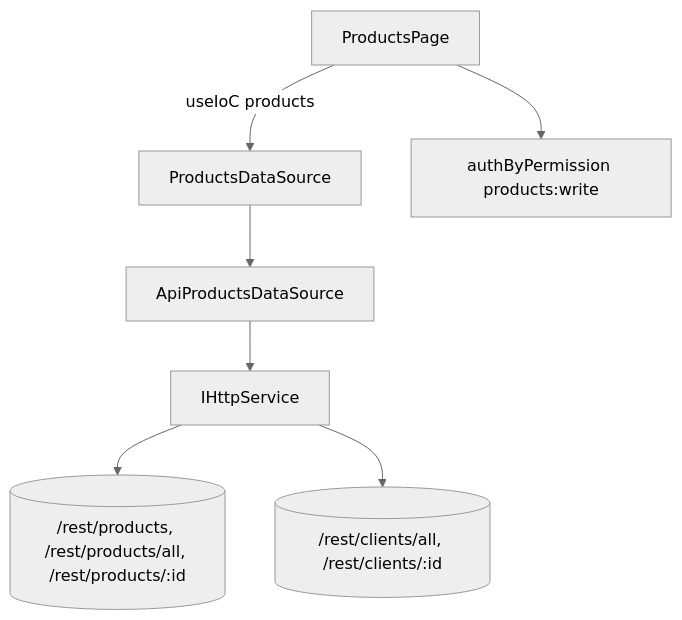
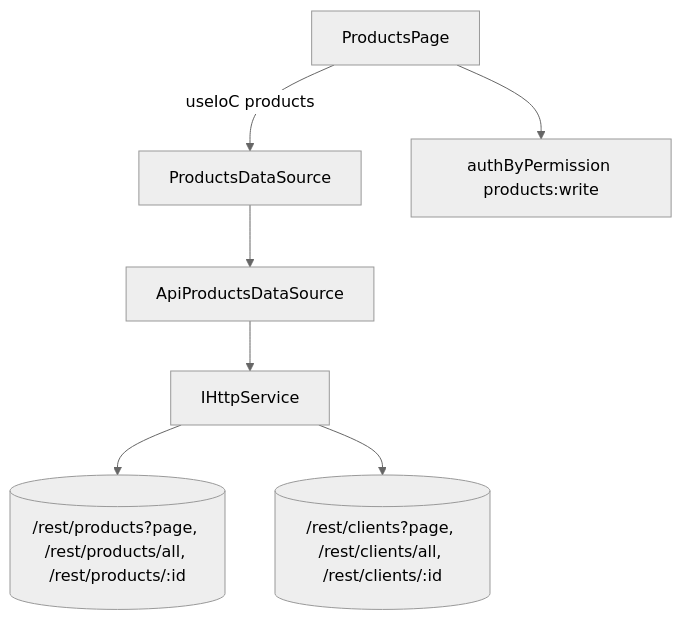
The diagram in .kiro/specs/products-integration-alignment/design.md (devs-atem/frontend-portal-nave), drawn with Mermaid (neutral theme) before and after one commit. The commit also changed other lines of this file and 1 other file, not shown here.

First line of the commit message:
docs(products): alinha requirements.md e design.md da spec ao implementado

````diff
--- a/.kiro/specs/products-integration-alignment/design.md
+++ b/.kiro/specs/products-integration-alignment/design.md
@@ -18,9 +18,9 @@
 ```mermaid
 graph TD
   Page[ProductsPage] -->|useIoC products| DS[ProductsDataSource]
   DS --> Api[ApiProductsDataSource]
   Api --> Http[IHttpService]
-  Http --> P[(/rest/products, /rest/products/all, /rest/products/:id)]
-  Http --> C[(/rest/clients/all, /rest/clients/:id)]
+  Http --> P[(/rest/products?page, /rest/products/all, /rest/products/:id)]
+  Http --> C[(/rest/clients?page, /rest/clients/all, /rest/clients/:id)]
   Page --> Auth[authByPermission products:write]
 ```
````
